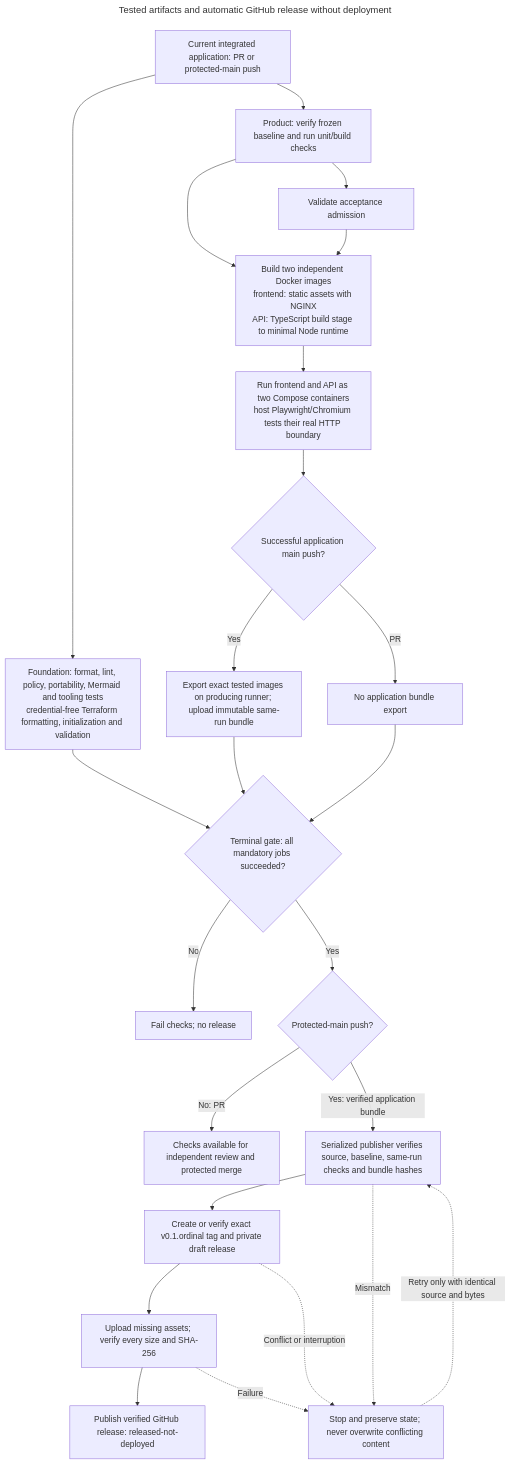
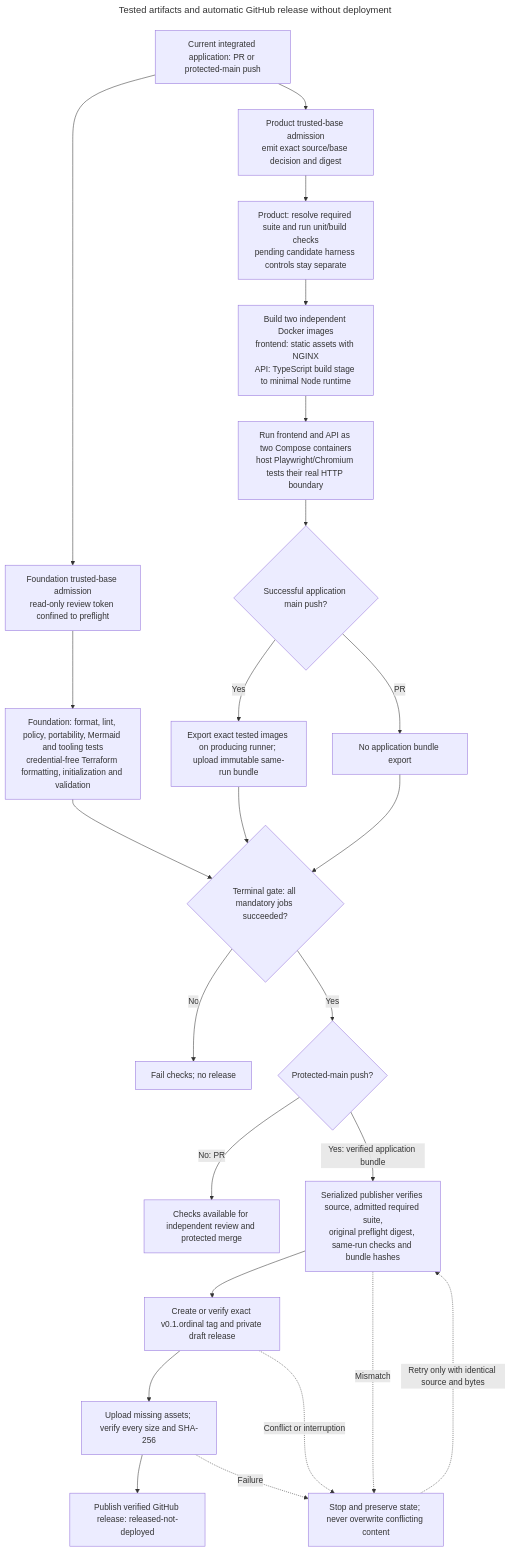
One commit to brobro10000/mp3-frame-counter changed the diagram in docs/architecture/diagrams/release.mmd. Above: the diagram before and after it, drawn with Mermaid.

Commit message:
fix(docs): keep trusted admission before both validation jobs

```diff
--- a/docs/architecture/diagrams/release.mmd
+++ b/docs/architecture/diagrams/release.mmd
@@ -1,57 +1,57 @@
 ---
 title: Tested artifacts and automatic GitHub release without deployment
 query: >-
   Show the implemented CI and release-only flow. Distinguish PR validation from
   protected-main publication, parallel foundation/product checks from the
   terminal control-plane gate, and the same-run exact tested image export from
   publication. Include frozen baseline verification, complete acceptance,
   immutable artifact/provenance checks, version/tag identity, draft asset
   verification and safe identical retries. Do not add deployment, registry push,
   provider provisioning or production approval; those are absent from the
   current release implementation. For the current integrated application, show
   independent Docker image builds, the two running Compose containers and host
   acceptance processes, then export of those exact tested images. Images and
   archives are artifacts, not extra running services. Earlier source-only phases
   have a separate foundation-delivery path outside this view. Both validation
   jobs perform trusted-base acceptance admission before head-owned commands.
   Candidate harness checks remain separate from required product E2E; carry the
   preflight digest through the original same-run release bundle. Foundation
   includes credential-free Terraform formatting, initialization and validation;
   keep these checks inside its mandatory gate, with no cloud apply.
 references:
   - 'File: /.github/workflows/ci.yml'
   - 'File: /scripts/run-ci-phase.mjs'
   - 'File: /scripts/acceptance-preflight.mjs'
   - 'File: /scripts/acceptance-runtime.mjs'
   - 'File: /scripts/ci-gate.mjs'
   - 'File: /scripts/publish-release-bundle.mjs'
   - 'File: /scripts/prepare-release.mjs'
   - 'File: /scripts/publish-release.mjs'
   - 'File: /scripts/publish-release-evidence.mjs'
   - 'File: /scripts/release-manifest.mjs'
 generationTime: '2026-10-10T07:58:36.830Z'
 ---
 flowchart TD
-    EVENT["Current integrated application: PR or protected-main push"] --> F["Foundation: format, lint, policy, portability, Mermaid and tooling tests<br/>credential-free Terraform formatting, initialization and validation"]
-    EVENT --> P["Product: verify frozen baseline and run unit/build checks"]
+    EVENT["Current integrated application: PR or protected-main push"] --> PREF["Foundation trusted-base admission<br/>read-only review token confined to preflight"]
+    PREF --> F["Foundation: format, lint, policy, portability, Mermaid and tooling tests<br/>credential-free Terraform formatting, initialization and validation"]
+    EVENT --> PREP["Product trusted-base admission<br/>emit exact source/base decision and digest"]
+    PREP --> P["Product: resolve required suite and run unit/build checks<br/>pending candidate harness controls stay separate"]
     P --> BUILD["Build two independent Docker images<br/>frontend: static assets with NGINX<br/>API: TypeScript build stage to minimal Node runtime"]
     BUILD --> TEST["Run frontend and API as two Compose containers<br/>host Playwright/Chromium tests their real HTTP boundary"]
     TEST --> KIND{"Successful application main push?"}
     KIND -->|"Yes"| B["Export exact tested images on producing runner; upload immutable same-run bundle"]
     KIND -->|"PR"| RESULT["No application bundle export"]
     F --> G{"Terminal gate: all mandatory jobs succeeded?"}
     B --> G
     RESULT --> G
     G -->|"No"| STOP["Fail checks; no release"]
     G -->|"Yes"| MAIN{"Protected-main push?"}
     MAIN -->|"No: PR"| REVIEW["Checks available for independent review and protected merge"]
-    MAIN -->|"Yes: verified application bundle"| VERIFY["Serialized publisher verifies source, baseline, same-run checks and bundle hashes"]
+    MAIN -->|"Yes: verified application bundle"| VERIFY["Serialized publisher verifies source, admitted required suite,<br/>original preflight digest, same-run checks and bundle hashes"]
     VERIFY --> DRAFT["Create or verify exact v0.1.ordinal tag and private draft release"]
     DRAFT --> ASSETS["Upload missing assets; verify every size and SHA-256"]
     ASSETS --> RELEASE["Publish verified GitHub release: released-not-deployed"]
     VERIFY -.->|"Mismatch"| FAIL["Stop and preserve state; never overwrite conflicting content"]
     DRAFT -.->|"Conflict or interruption"| FAIL
     ASSETS -.->|"Failure"| FAIL
     FAIL -.->|"Retry only with identical source and bytes"| VERIFY
-    P --> PRE["Validate acceptance admission"]
-    PRE --> BUILD
```
